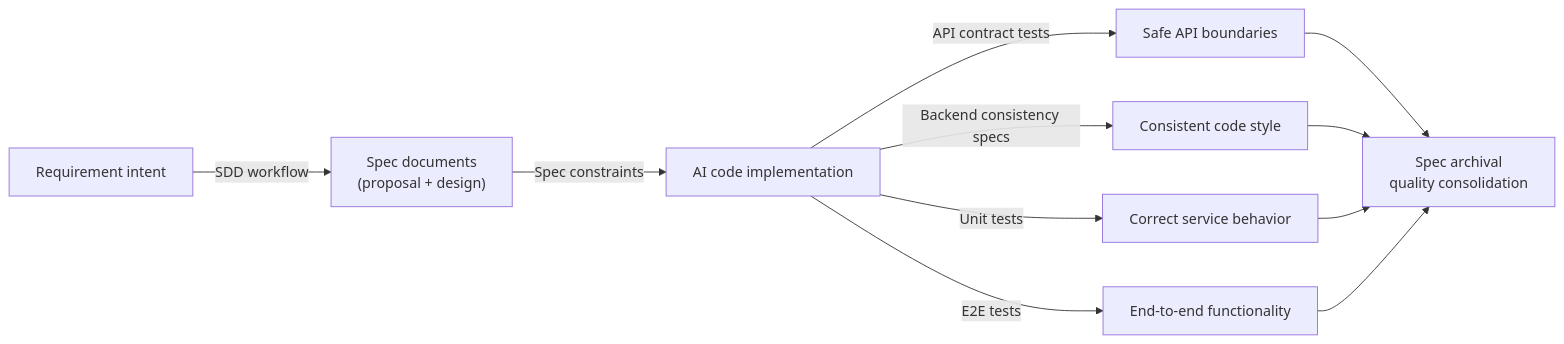
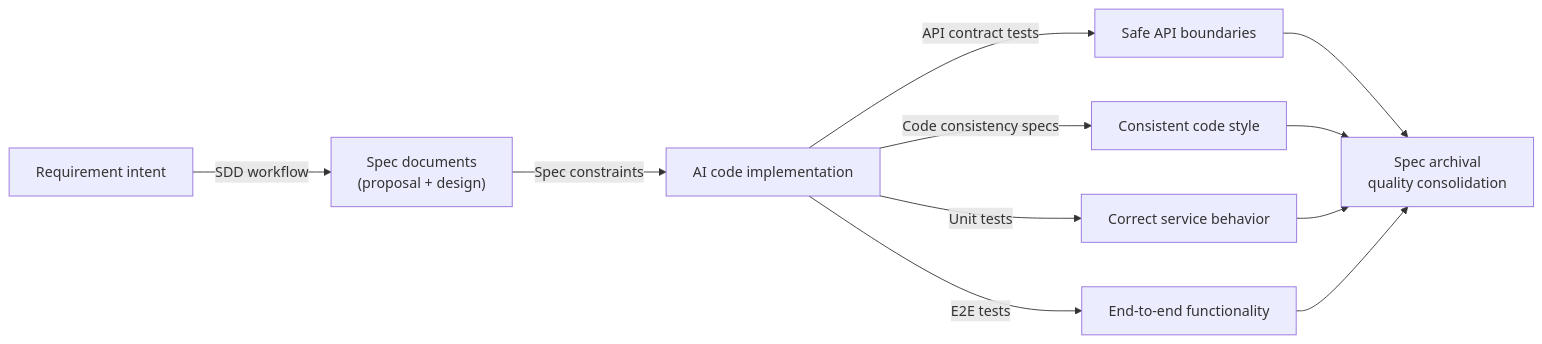
The third of 3 diagrams in apps/lina-site/i18n/en/docusaurus-plugin-content-docs/current/docs/1000-concepts/4000-ai-engineering-quality.md (linaproai/linapro-site), drawn with Mermaid before and after one commit. The commit also changed other lines of this file and 4 other files, not shown here.

````diff
--- a/apps/lina-site/i18n/en/docusaurus-plugin-content-docs/current/docs/1000-concepts/4000-ai-engineering-quality.md
+++ b/apps/lina-site/i18n/en/docusaurus-plugin-content-docs/current/docs/1000-concepts/4000-ai-engineering-quality.md
@@ -230,10 +221,10 @@
 ```mermaid
 flowchart LR
     A["Requirement intent"] -->|"SDD workflow"| B["Spec documents<br/>(proposal + design)"]
     B -->|"Spec constraints"| C["AI code implementation"]
     C -->|"API contract tests"| D["Safe API boundaries"]
-    C -->|"Backend consistency specs"| E["Consistent code style"]
+    C -->|"Code consistency specs"| E["Consistent code style"]
     C -->|"Unit tests"| F["Correct service behavior"]
     C -->|"E2E tests"| G["End-to-end functionality"]
     D & E & F & G --> H["Spec archival<br/>quality consolidation"]
 ```
````
